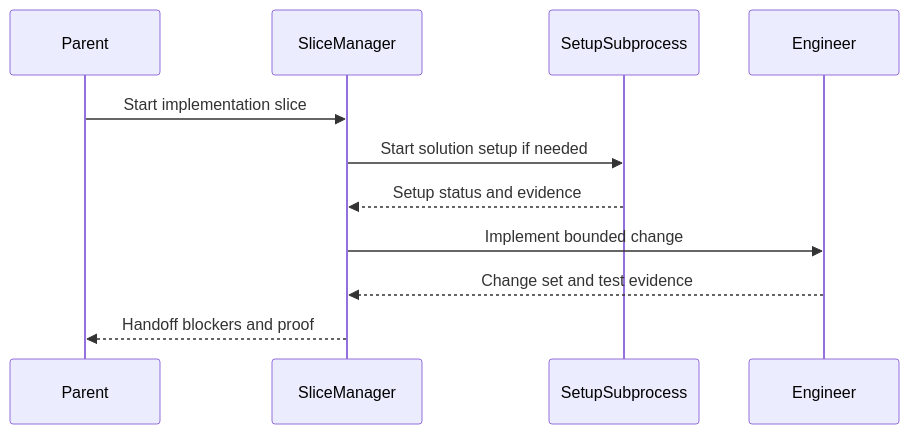
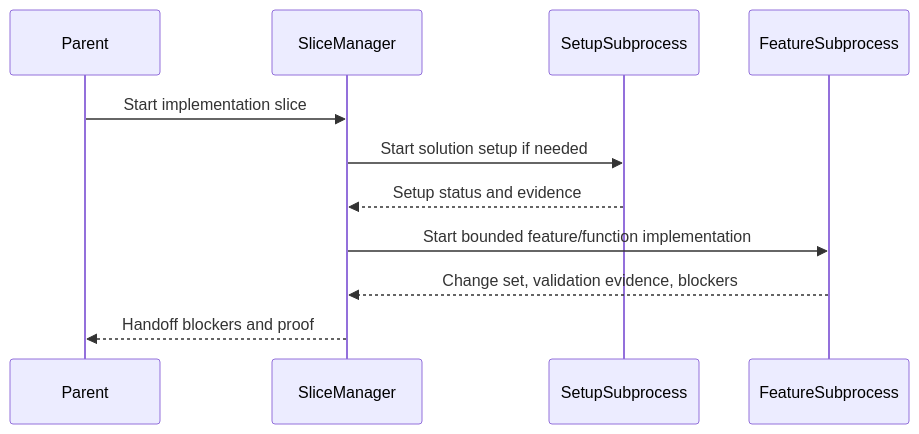
Before and after one commit to fyziktom/CanDoItAll: the diagram in Templates/Processes/processes/dotnet-development-slice/mermaid/sequence.mmd, drawn with Mermaid. The commit also changed 74 other files, not shown here.

```diff
--- a/Templates/Processes/processes/dotnet-development-slice/mermaid/sequence.mmd
+++ b/Templates/Processes/processes/dotnet-development-slice/mermaid/sequence.mmd
@@ -1,11 +1,11 @@
 sequenceDiagram
     participant Parent
     participant SliceManager
     participant SetupSubprocess
-    participant Engineer
+    participant FeatureSubprocess
     Parent->>SliceManager: Start implementation slice
     SliceManager->>SetupSubprocess: Start solution setup if needed
     SetupSubprocess-->>SliceManager: Setup status and evidence
-    SliceManager->>Engineer: Implement bounded change
-    Engineer-->>SliceManager: Change set and test evidence
+    SliceManager->>FeatureSubprocess: Start bounded feature/function implementation
+    FeatureSubprocess-->>SliceManager: Change set, validation evidence, blockers
     SliceManager-->>Parent: Handoff blockers and proof
```
